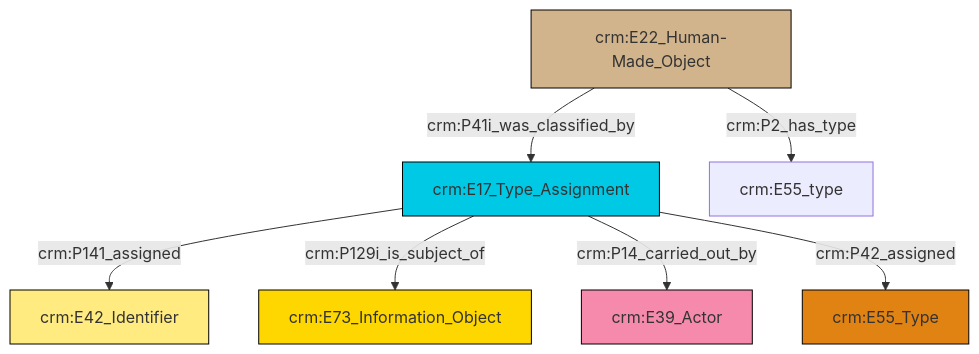
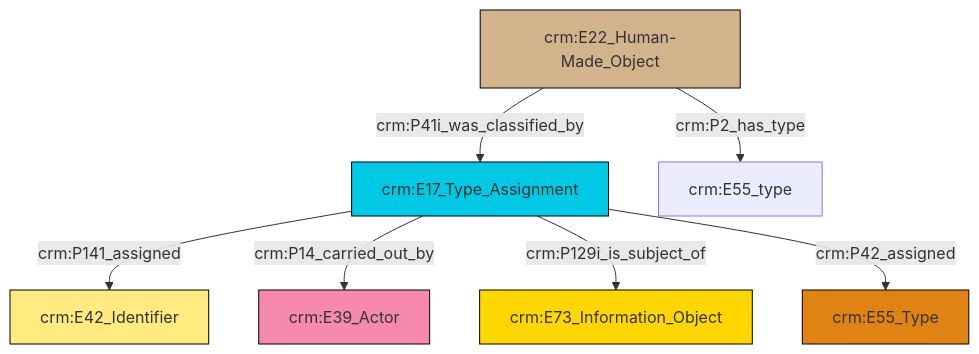
One commit to swiss-art-research-net/reference-data-models changed the diagram in et/builtWorkCSV/ttl/mmd/Built_Work_designation_status.ttl.mmd. Above: the diagram before and after it, drawn with Mermaid. The commit also changed 126 other files, not shown here.

```diff
--- a/et/builtWorkCSV/ttl/mmd/Built_Work_designation_status.ttl.mmd
+++ b/et/builtWorkCSV/ttl/mmd/Built_Work_designation_status.ttl.mmd
@@ -1,21 +1,21 @@
 graph TD
 classDef Literal fill:#f2f2f2,stroke:#000000;
 classDef CRM_Entity fill:#FFFFFF,stroke:#000000;
 classDef Temporal_Entity fill:#00C9E6, stroke:#000000;
 classDef Type fill:#E18312, stroke:#000000;
 classDef Time-Span fill:#2C9C91, stroke:#000000;
 classDef Appellation fill:#FFEB7F, stroke:#000000;
 classDef Place fill:#008836, stroke:#000000;
 classDef Persistent_Item fill:#B266B2, stroke:#000000;
 classDef Conceptual_Object fill:#FFD700, stroke:#000000;
 classDef Physical_Thing fill:#D2B48C, stroke:#000000;
 classDef Actor fill:#f58aad, stroke:#000000;
 classDef PC_Classes fill:#4ce600, stroke:#000000;
 classDef Multi fill:#cccccc,stroke:#000000;
 
-2["crm:E22_Human-Made_Object"]:::Physical_Thing -->|crm:P41i_was_classified_by| 0["crm:E17_Type_Assignment"]:::Temporal_Entity
-0["crm:E17_Type_Assignment"]:::Temporal_Entity -->|crm:P141_assigned| 3["crm:E42_Identifier"]:::Appellation
-0["crm:E17_Type_Assignment"]:::Temporal_Entity -->|crm:P129i_is_subject_of| 5["crm:E73_Information_Object"]:::Conceptual_Object
-0["crm:E17_Type_Assignment"]:::Temporal_Entity -->|crm:P14_carried_out_by| 6["crm:E39_Actor"]:::Actor
-0["crm:E17_Type_Assignment"]:::Temporal_Entity -->|crm:P42_assigned| 9["crm:E55_Type"]:::Type
-2["crm:E22_Human-Made_Object"]:::Physical_Thing -->|crm:P2_has_type| 7["crm:E55_type"]:::Default
+0["crm:E22_Human-Made_Object"]:::Physical_Thing -->|crm:P41i_was_classified_by| 1["crm:E17_Type_Assignment"]:::Temporal_Entity
+1["crm:E17_Type_Assignment"]:::Temporal_Entity -->|crm:P141_assigned| 5["crm:E42_Identifier"]:::Appellation
+1["crm:E17_Type_Assignment"]:::Temporal_Entity -->|crm:P14_carried_out_by| 6["crm:E39_Actor"]:::Actor
+1["crm:E17_Type_Assignment"]:::Temporal_Entity -->|crm:P129i_is_subject_of| 12["crm:E73_Information_Object"]:::Conceptual_Object
+1["crm:E17_Type_Assignment"]:::Temporal_Entity -->|crm:P42_assigned| 7["crm:E55_Type"]:::Type
+0["crm:E22_Human-Made_Object"]:::Physical_Thing -->|crm:P2_has_type| 3["crm:E55_type"]:::Default
```
